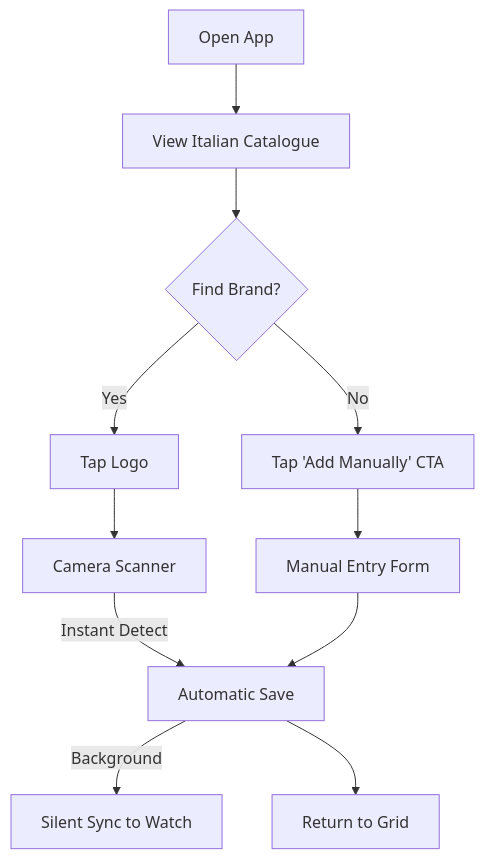
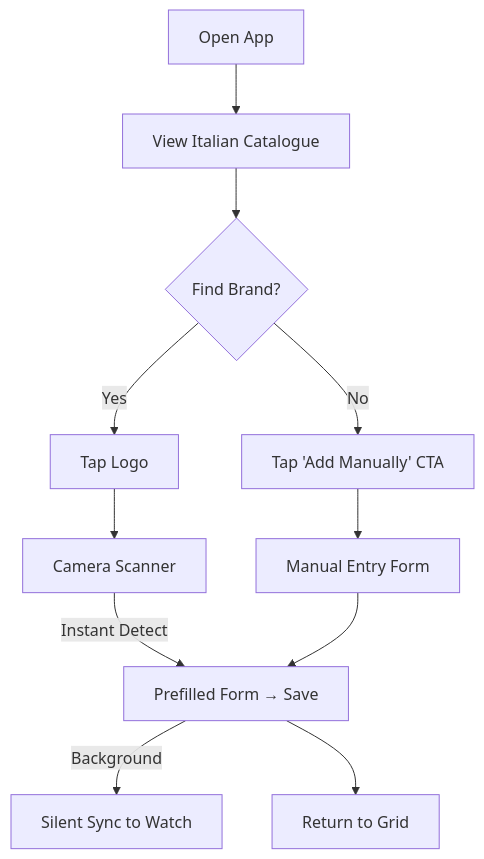
The second of 2 diagrams in docs/ux-design-specification.md (ifero/myLoyaltyCards), drawn with Mermaid before and after one commit. The commit also changed other lines of this file and 12 other files, not shown here.

````diff
--- a/docs/ux-design-specification.md
+++ b/docs/ux-design-specification.md
@@ -235,13 +276,13 @@
 ```mermaid
 graph TD
     A[Open App] --> B[View Italian Catalogue]
     B --> C{Find Brand?}
     C -->|Yes| D[Tap Logo]
     C -->|No| E[Tap 'Add Manually' CTA]
     D --> F[Camera Scanner]
     E --> G[Manual Entry Form]
-    F -->|Instant Detect| H[Automatic Save]
+    F -->|Instant Detect| H[Prefilled Form → Save]
     G --> H
     H -->|Background| I[Silent Sync to Watch]
     H --> J[Return to Grid]
 ```
````
